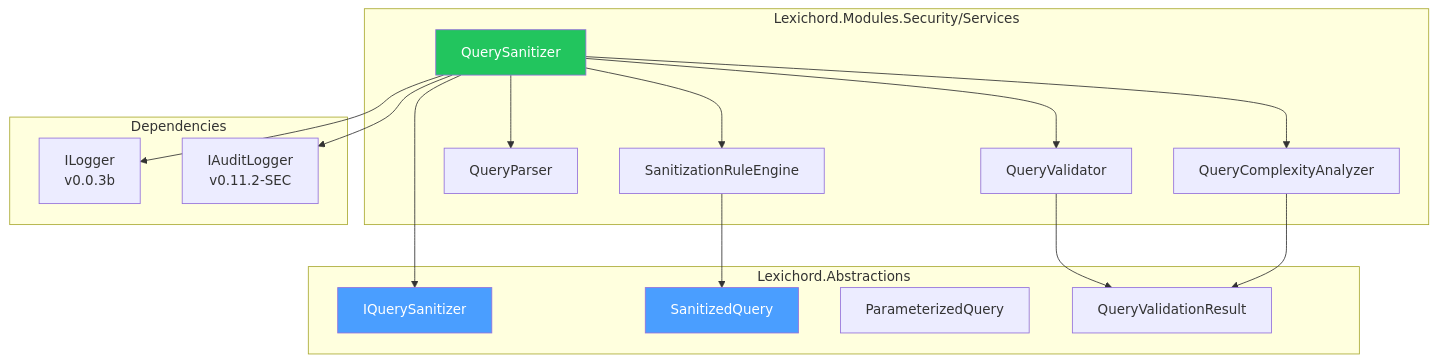
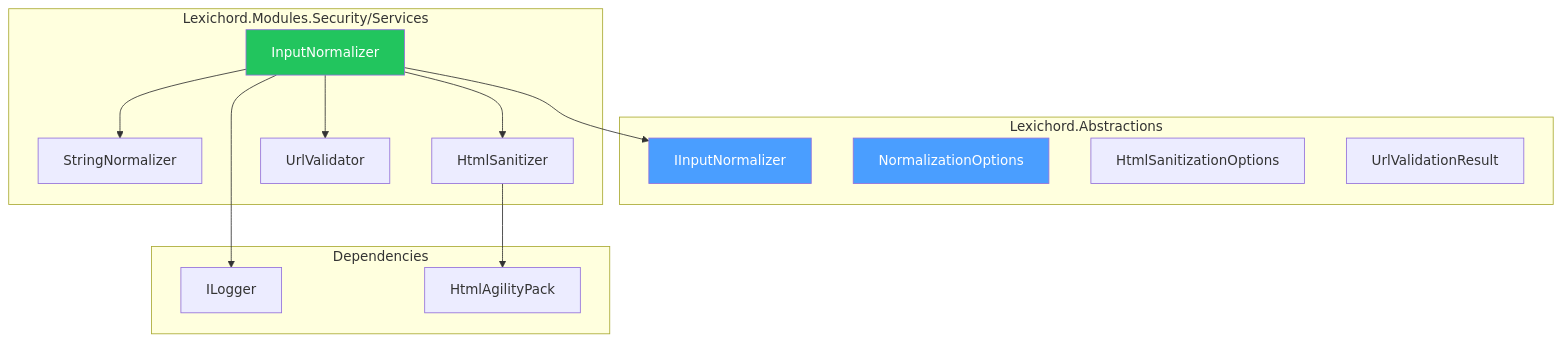
The first of 2 diagrams in docs/specs/v0.11.x/v0.11.4/LCS-DES-v0.11.4-SEC-e.md (southpawriter02/lexichord), drawn with Mermaid before and after one commit. The commit also changed other lines of this file and 74 other files, not shown here.

````diff
--- a/docs/specs/v0.11.x/v0.11.4/LCS-DES-v0.11.4-SEC-e.md
+++ b/docs/specs/v0.11.x/v0.11.4/LCS-DES-v0.11.4-SEC-e.md
@@ -58,37 +58,32 @@
 ```mermaid
 graph TB
     subgraph "Lexichord.Abstractions"
-        IQS[IQuerySanitizer]
-        SQ[SanitizedQuery]
-        PQ[ParameterizedQuery]
-        QVR[QueryValidationResult]
+        IIN[IInputNormalizer]
+        NO[NormalizationOptions]
+        HSO[HtmlSanitizationOptions]
+        UVR[UrlValidationResult]
     end
 
     subgraph "Lexichord.Modules.Security/Services"
-        QS[QuerySanitizer]
-        SR[SanitizationRuleEngine]
-        QP[QueryParser]
-        QV[QueryValidator]
-        QC[QueryComplexityAnalyzer]
+        IN[InputNormalizer]
+        SN[StringNormalizer]
+        HS[HtmlSanitizer]
+        UV[UrlValidator]
     end
 
     subgraph "Dependencies"
-        LOG[ILogger<T><br/>v0.0.3b]
-        AUDIT[IAuditLogger<br/>v0.11.2-SEC]
+        LOG[ILogger<T>]
+        HC[HtmlAgilityPack]
     end
 
-    QS --> IQS
-    QS --> SR
-    QS --> QP
-    QS --> QV
-    QS --> QC
-    QS --> LOG
-    QS --> AUDIT
-    SR --> SQ
-    QV --> QVR
-    QC --> QVR
+    IN --> IIN
+    IN --> SN
+    IN --> HS
+    IN --> UV
+    HS --> HC
+    IN --> LOG
 
-    style QS fill:#22c55e,color:#fff
-    style IQS fill:#4a9eff,color:#fff
-    style SQ fill:#4a9eff,color:#fff
+    style IN fill:#22c55e,color:#fff
+    style IIN fill:#4a9eff,color:#fff
+    style NO fill:#4a9eff,color:#fff
 ```
````
